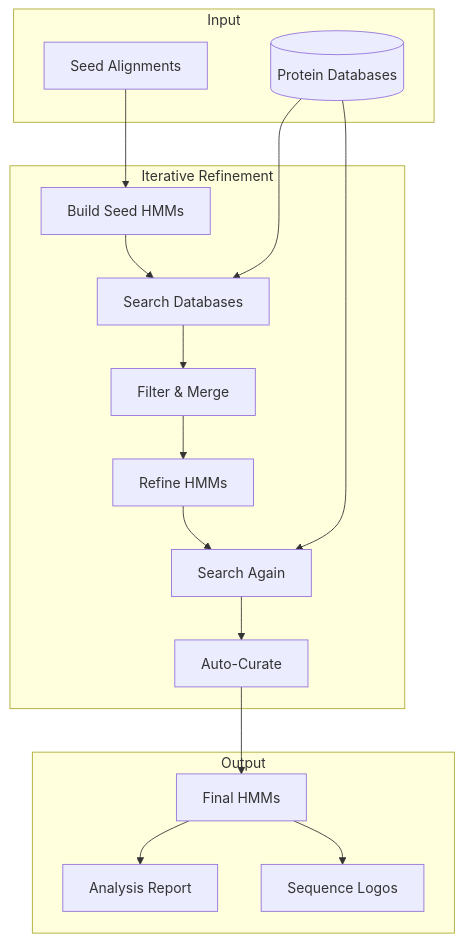
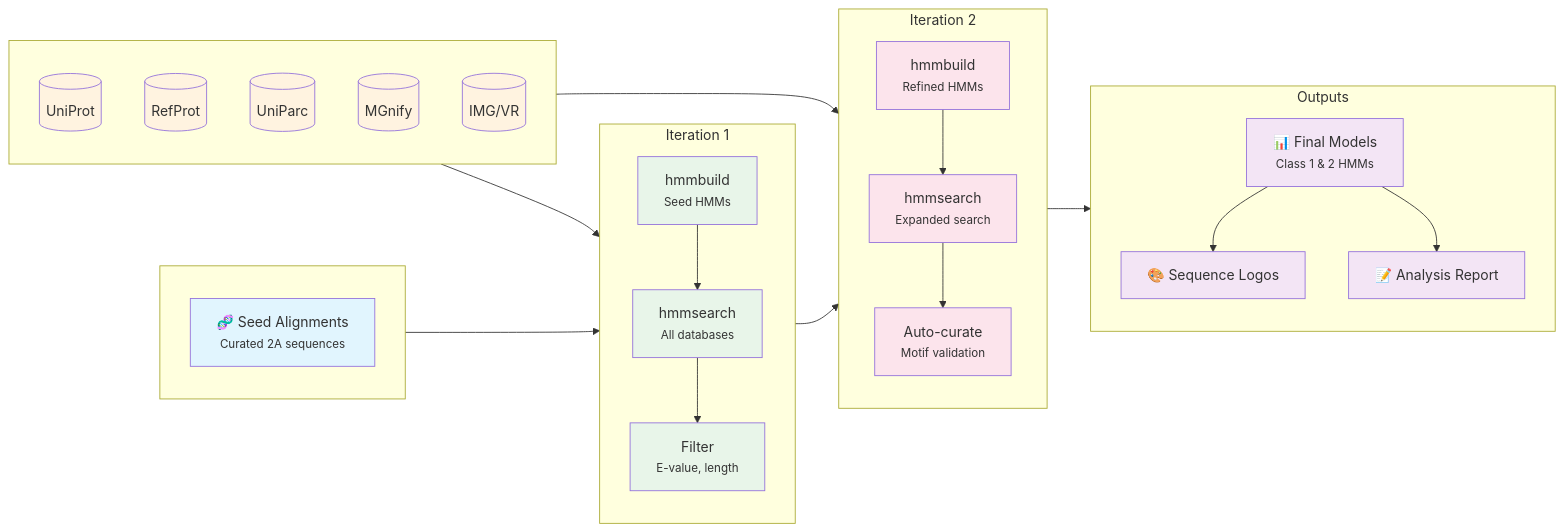
Before and after one commit to rnabioco/2a-peptide-search: the diagram in analysis/index.qmd, drawn with Mermaid. The commit also changed other lines of this file and 4 other files, not shown here.

````diff
--- a/analysis/index.qmd
+++ b/analysis/index.qmd
@@ -39,36 +39,66 @@
 ```{mermaid}
-%%| label: fig-workflow
-%%| fig-cap: "Pipeline for 2A peptide discovery"
-flowchart TB
-    subgraph Input
-        Seeds[Seed Alignments]
-        DBs[(Protein Databases)]
+%%| label: fig-pipeline
+%%| fig-cap: "Complete workflow for 2A peptide and ribosomal stalling peptide discovery"
+flowchart LR
+    subgraph inputs[" "]
+        direction TB
+        Seeds["🧬 Seed Alignments<br/><small>Curated 2A sequences</small>"]
+        style Seeds fill:#e1f5fe
     end
 
-    subgraph "Iterative Refinement"
-        HMM1[Build Seed HMMs]
-        Search1[Search Databases]
-        Filter1[Filter & Merge]
-        HMM2[Refine HMMs]
-        Search2[Search Again]
-        Filter2[Auto-Curate]
+    subgraph databases[" "]
+        direction TB
+        UniProt[(UniProt)]
+        RefProt[(RefProt)]
+        UniParc[(UniParc)]
+        MGnify[(MGnify)]
+        IMGVR[(IMG/VR)]
+        style UniProt fill:#fff3e0
+        style RefProt fill:#fff3e0
+        style UniParc fill:#fff3e0
+        style MGnify fill:#fff3e0
+        style IMGVR fill:#fff3e0
     end
 
-    subgraph Output
-        Final[Final HMMs]
-        Report[Analysis Report]
-        Logos[Sequence Logos]
+    subgraph iteration1["Iteration 1"]
+        direction TB
+        HMM1["hmmbuild<br/><small>Seed HMMs</small>"]
+        Search1["hmmsearch<br/><small>All databases</small>"]
+        Filter1["Filter<br/><small>E-value, length</small>"]
+        style HMM1 fill:#e8f5e9
+        style Search1 fill:#e8f5e9
+        style Filter1 fill:#e8f5e9
+    end
+
+    subgraph iteration2["Iteration 2"]
+        direction TB
+        HMM2["hmmbuild<br/><small>Refined HMMs</small>"]
+        Search2["hmmsearch<br/><small>Expanded search</small>"]
+        Curate["Auto-curate<br/><small>Motif validation</small>"]
+        style HMM2 fill:#fce4ec
+        style Search2 fill:#fce4ec
+        style Curate fill:#fce4ec
+    end
+
+    subgraph outputs["Outputs"]
+        direction TB
+        FinalHMM["📊 Final Models<br/><small>Class 1 & 2 HMMs</small>"]
+        Logos["🎨 Sequence Logos"]
+        Report["📝 Analysis Report"]
+        style FinalHMM fill:#f3e5f5
+        style Logos fill:#f3e5f5
+        style Report fill:#f3e5f5
     end
 
     Seeds --> HMM1
     HMM1 --> Search1
-    DBs --> Search1
+    databases --> Search1
     Search1 --> Filter1
     Filter1 --> HMM2
     HMM2 --> Search2
-    DBs --> Search2
-    Search2 --> Filter2
-    Filter2 --> Final
-    Final --> Report
-    Final --> Logos
+    databases --> Search2
+    Search2 --> Curate
+    Curate --> FinalHMM
+    FinalHMM --> Logos
+    FinalHMM --> Report
 ```
````
